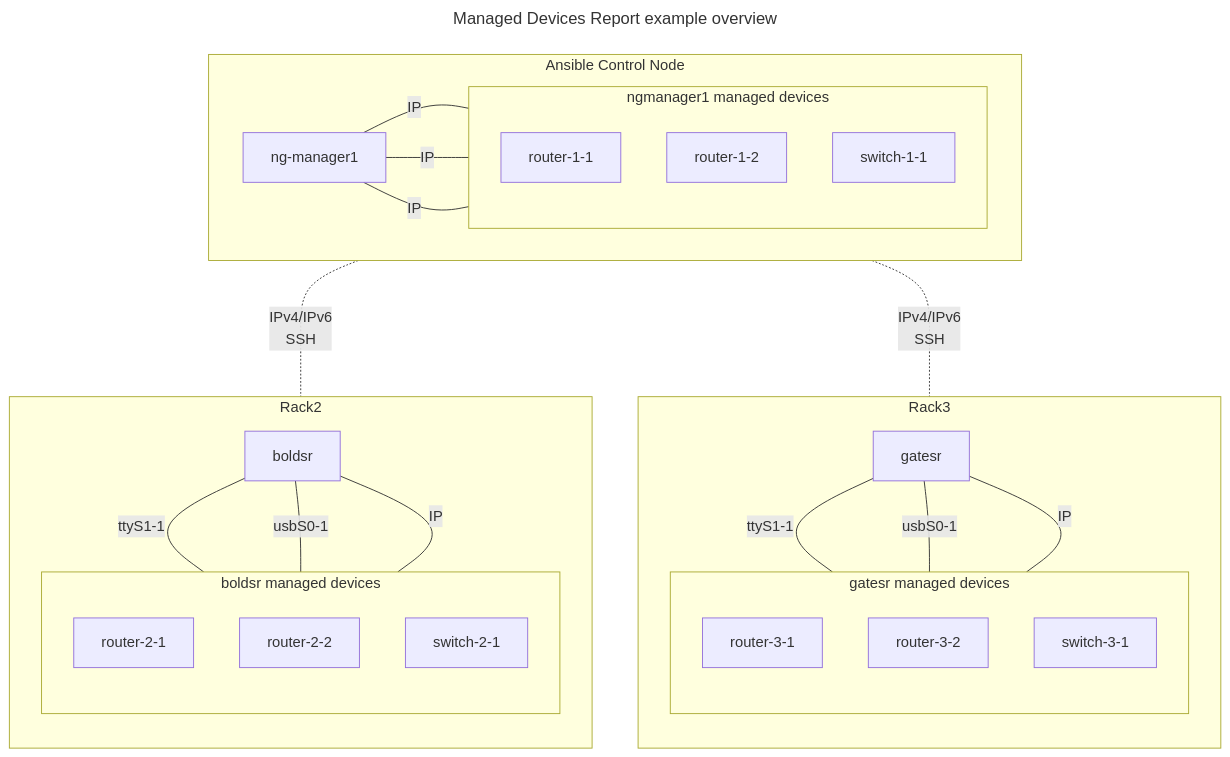
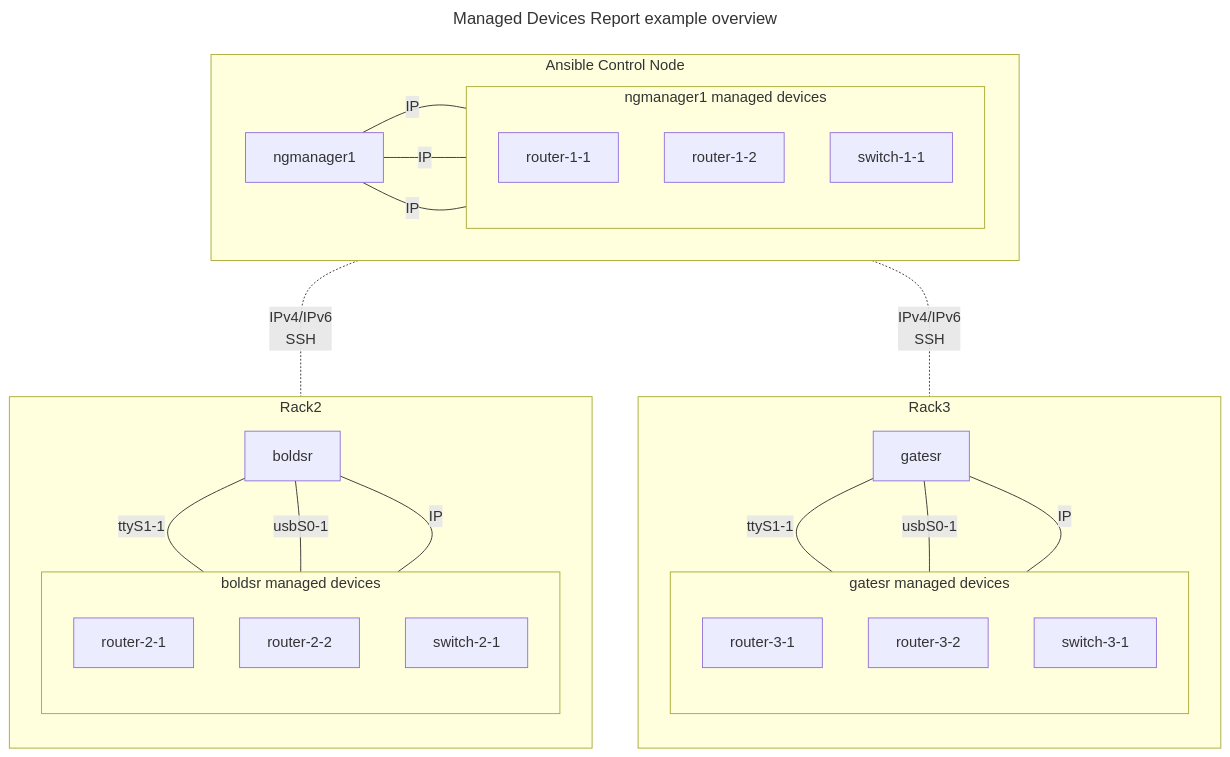
One commit to ZPESystems/Ansible changed the diagram in examples/playbooks/system-roles/Managed_Devices_report/README.md. Above: the diagram before and after it, drawn with Mermaid. The commit also changed other lines of this file and 6 other files, not shown here.

````diff
--- a/examples/playbooks/system-roles/Managed_Devices_report/README.md
+++ b/examples/playbooks/system-roles/Managed_Devices_report/README.md
@@ -15,47 +15,47 @@
 ```mermaid
 ---
 title: Managed Devices Report example overview
 ---
 graph TB
   subgraph Rack3
    direction TB
    ng-gatesr["gatesr"]
    subgraph mdgatesr["gatesr managed devices"]
     direction TB
      mdgatesr1["router-3-1"]
      mdgatesr2["router-3-2"]
      mdgatesr3["switch-3-1"]
    end
    ng-gatesr ---|ttyS1-1| mdgatesr1 
    ng-gatesr ---|usbS0-1| mdgatesr2 
    ng-gatesr ---|IP| mdgatesr3
   end
 
   subgraph Rack2
    direction TB
    ng-boldsr["boldsr"]
    subgraph mdboldsr["boldsr managed devices"]
     direction TB
      mdboldsr1["router-2-1"]
      mdboldsr2["router-2-2"]
      mdboldsr3["switch-2-1"]
    end
    ng-boldsr ---|ttyS1-1| mdboldsr1 
    ng-boldsr ---|usbS0-1| mdboldsr2 
    ng-boldsr ---|IP| mdboldsr3
   end
 
 subgraph Control_Node["Ansible Control Node"]
  direction LR
-   ng-manager["ng-manager1"]
+   ng-manager["ngmanager1"]
    subgraph mdmanager["ngmanager1 managed devices"]
     direction TB
      mdmanager1["router-1-1"]
      mdmanager2["router-1-2"]
      mdmanager3["switch-1-1"]
    end
    ng-manager ---|IP| mdmanager1 & mdmanager2 & mdmanager3
 end
   
 ng-manager -..-|IPv4/IPv6 \n SSH| ng-boldsr & ng-gatesr
 ```
````
